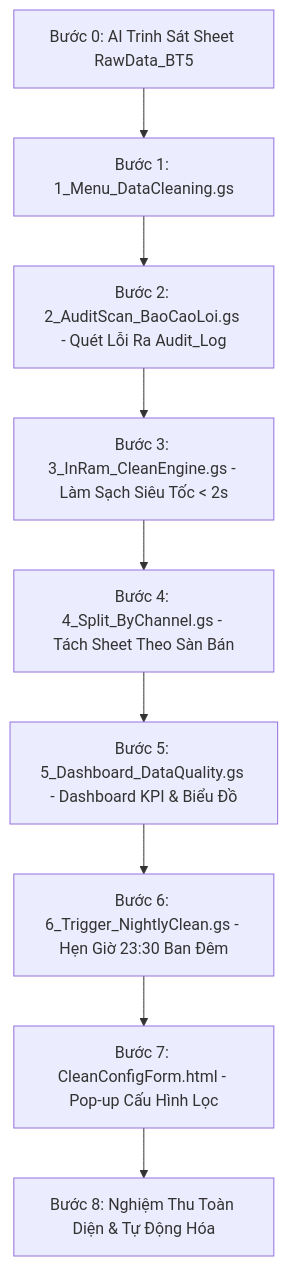
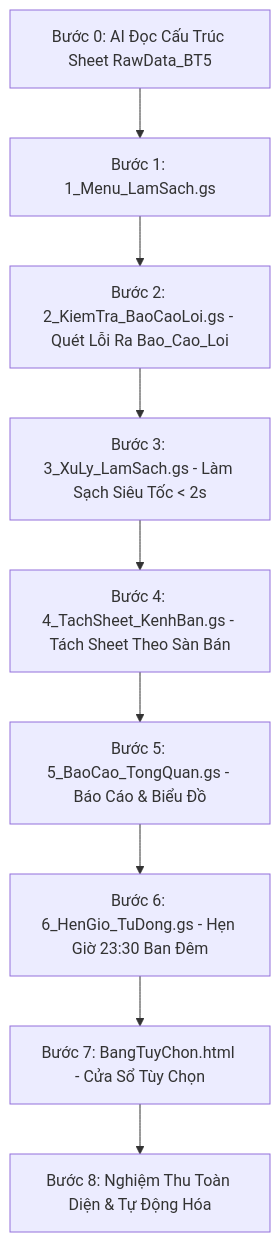
The diagram in docs/05_KE_HOACH_THUC_HANH_CHUAN_BAI_5.md (nguyentuanviet12k1d22cntt02-eng/BaiTap_AI_10), drawn with Mermaid before and after one commit. The commit also changed other lines of this file and 16 other files, not shown here.

````diff
--- a/docs/05_KE_HOACH_THUC_HANH_CHUAN_BAI_5.md
+++ b/docs/05_KE_HOACH_THUC_HANH_CHUAN_BAI_5.md
@@ -25,11 +25,11 @@
 ```mermaid
 graph TD
-    B0[Bước 0: AI Trinh Sát Sheet RawData_BT5] --> B1[Bước 1: 1_Menu_DataCleaning.gs]
-    B1 --> B2[Bước 2: 2_AuditScan_BaoCaoLoi.gs - Quét Lỗi Ra Audit_Log]
-    B2 --> B3[Bước 3: 3_InRam_CleanEngine.gs - Làm Sạch Siêu Tốc < 2s]
-    B3 --> B4[Bước 4: 4_Split_ByChannel.gs - Tách Sheet Theo Sàn Bán]
-    B4 --> B5[Bước 5: 5_Dashboard_DataQuality.gs - Dashboard KPI & Biểu Đồ]
-    B5 --> B6[Bước 6: 6_Trigger_NightlyClean.gs - Hẹn Giờ 23:30 Ban Đêm]
-    B6 --> B7[Bước 7: CleanConfigForm.html - Pop-up Cấu Hình Lọc]
+    B0[Bước 0: AI Đọc Cấu Trúc Sheet RawData_BT5] --> B1[Bước 1: 1_Menu_LamSach.gs]
+    B1 --> B2[Bước 2: 2_KiemTra_BaoCaoLoi.gs - Quét Lỗi Ra Bao_Cao_Loi]
+    B2 --> B3[Bước 3: 3_XuLy_LamSach.gs - Làm Sạch Siêu Tốc < 2s]
+    B3 --> B4[Bước 4: 4_TachSheet_KenhBan.gs - Tách Sheet Theo Sàn Bán]
+    B4 --> B5[Bước 5: 5_BaoCao_TongQuan.gs - Báo Cáo & Biểu Đồ]
+    B5 --> B6[Bước 6: 6_HenGio_TuDong.gs - Hẹn Giờ 23:30 Ban Đêm]
+    B6 --> B7[Bước 7: BangTuyChon.html - Cửa Sổ Tùy Chọn]
     B7 --> B8[Bước 8: Nghiệm Thu Toàn Diện & Tự Động Hóa]
 ```
````
